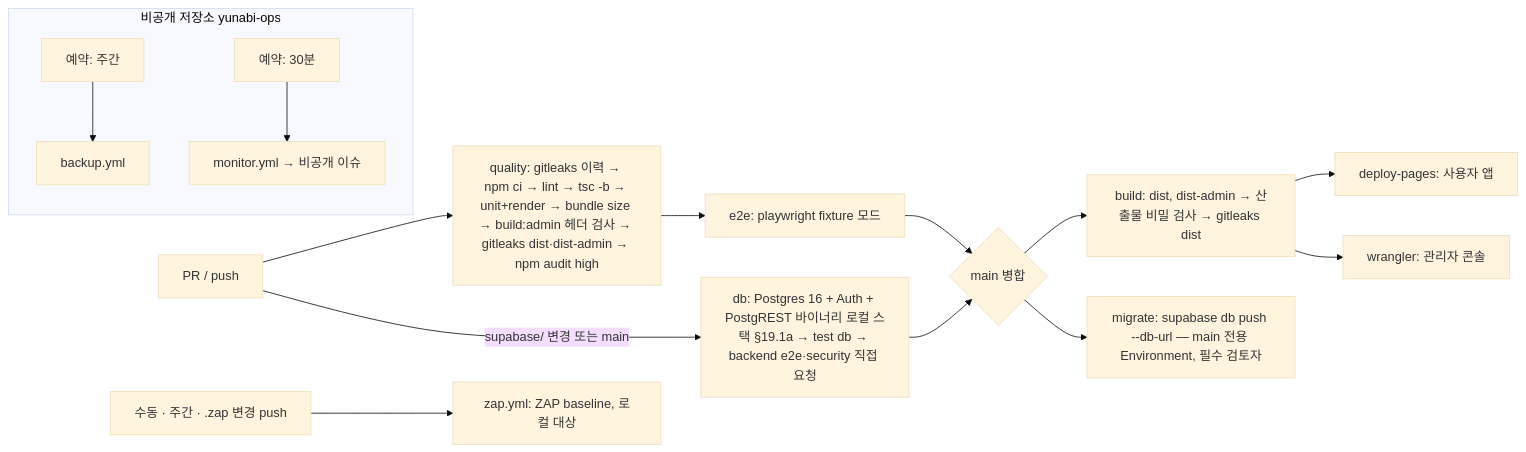
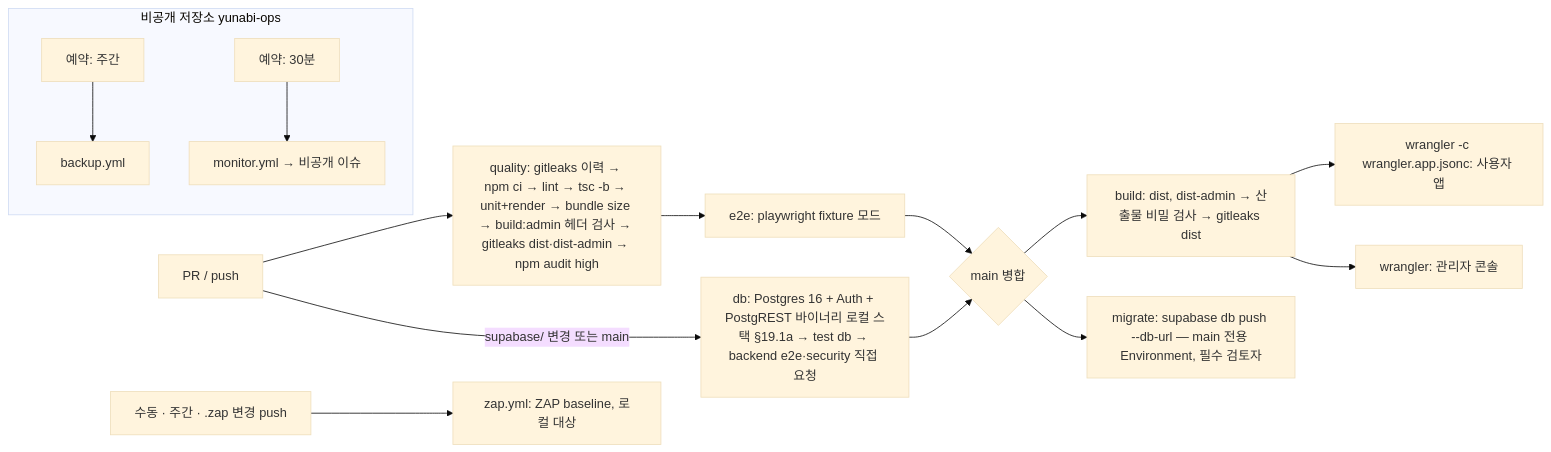
Before and after one commit to underthesun7213/yui-board: the ninth of 9 diagrams in docs/architecture/rfc/0003-yunabi-v2.md, drawn with Mermaid (base theme). The commit also changed other lines of this file and 13 other files, not shown here.

````diff
--- a/docs/architecture/rfc/0003-yunabi-v2.md
+++ b/docs/architecture/rfc/0003-yunabi-v2.md
@@ -935,16 +935,16 @@
 ```mermaid
 flowchart LR
   PR[PR / push] --> Q[quality: gitleaks 이력 → npm ci → lint → tsc -b → unit+render → bundle size → build:admin 헤더 검사 → gitleaks dist·dist-admin → npm audit high]
   Q --> E2E[e2e: playwright fixture 모드]
   PR -->|supabase/ 변경 또는 main| DB[db: Postgres 16 + Auth + PostgREST 바이너리 로컬 스택 §19.1a → test db → backend e2e·security 직접 요청]
   E2E & DB --> M{main 병합}
   M --> BUILD[build: dist, dist-admin → 산출물 비밀 검사 → gitleaks dist]
-  BUILD --> PAGES[deploy-pages: 사용자 앱]
+  BUILD --> APP[wrangler -c wrangler.app.jsonc: 사용자 앱]
   BUILD --> CF[wrangler: 관리자 콘솔]
   M --> MIG[migrate: supabase db push --db-url — main 전용 Environment, 필수 검토자]
   CRON3[수동 · 주간 · .zap 변경 push] --> ZAP[zap.yml: ZAP baseline, 로컬 대상]
   subgraph OPS["비공개 저장소 yunabi-ops"]
     CRON1[예약: 주간] --> BK[backup.yml]
     CRON2[예약: 30분] --> MON[monitor.yml → 비공개 이슈]
   end
 ```
````
